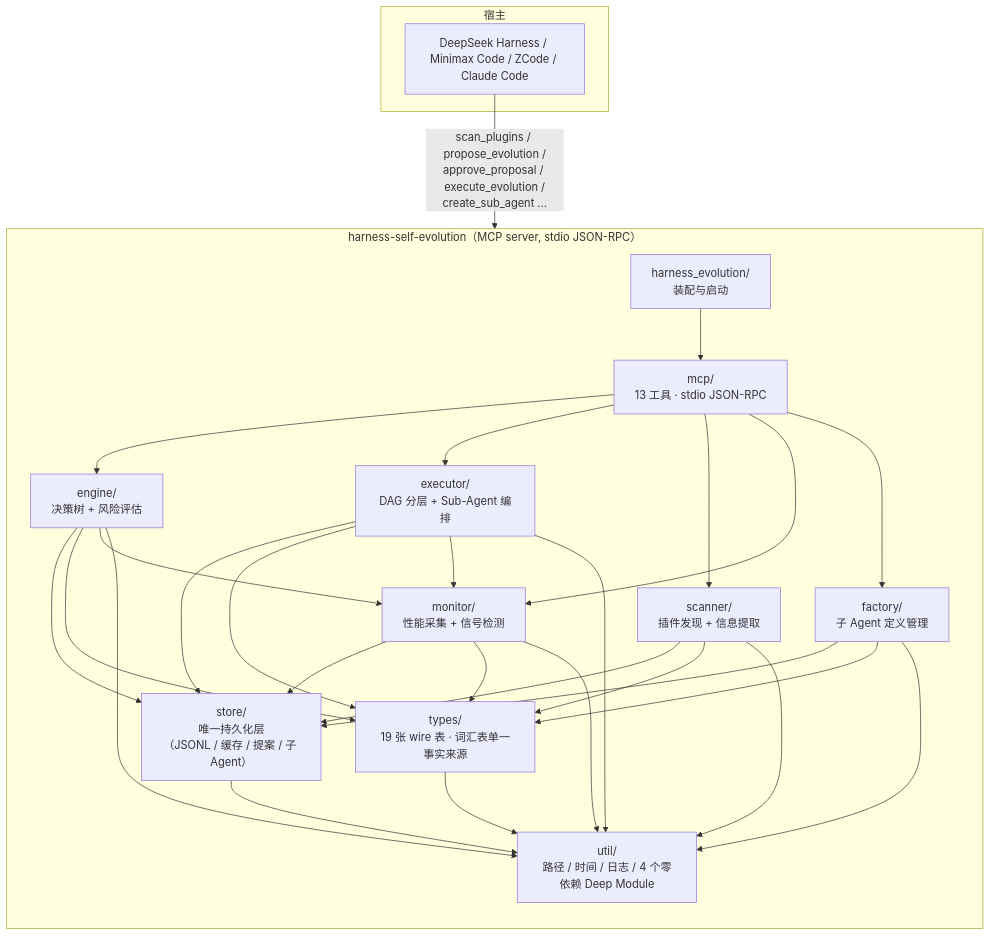
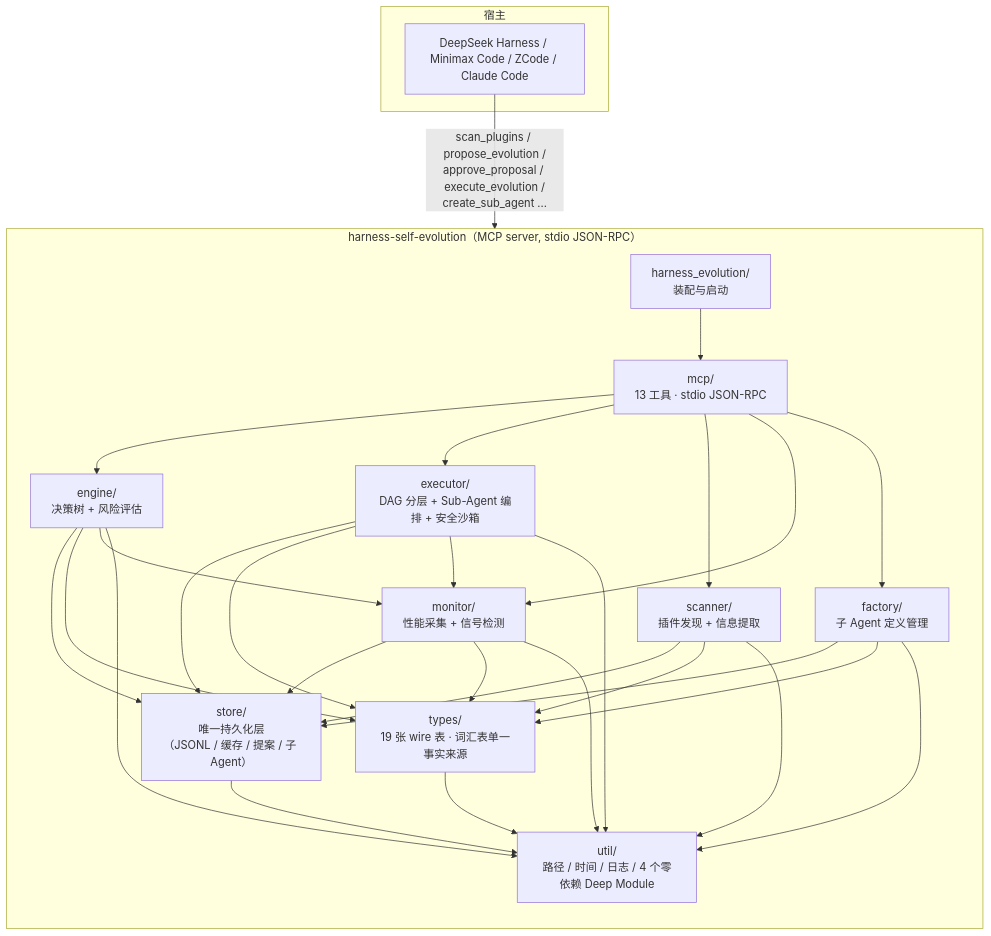
The first of 2 diagrams in README.md (Across2005/harness-self-evolution-plugin), drawn with Mermaid before and after one commit. The commit also changed other lines of this file, not shown here.

````diff
--- a/README.md
+++ b/README.md
@@ -95,47 +96,47 @@
 ```mermaid
 flowchart TB
     subgraph 宿主
         Client["DeepSeek Harness / Minimax Code / ZCode / Claude Code"]
     end
     
     subgraph "harness-self-evolution（MCP server, stdio JSON-RPC）"
         direction TB
         HE["harness_evolution/<br/>装配与启动"]
         MCP["mcp/<br/>13 工具 · stdio JSON-RPC"]
         ENG["engine/<br/>决策树 + 风险评估"]
-        EXE["executor/<br/>DAG 分层 + Sub-Agent 编排"]
+        EXE["executor/<br/>DAG 分层 + Sub-Agent 编排 + 安全沙箱"]
         FAC["factory/<br/>子 Agent 定义管理"]
         SCN["scanner/<br/>插件发现 + 信息提取"]
         MON["monitor/<br/>性能采集 + 信号检测"]
         ST["store/<br/>唯一持久化层<br/>（JSONL / 缓存 / 提案 / 子 Agent）"]
         TY["types/<br/>19 张 wire 表 · 词汇表单一事实来源"]
         UT["util/<br/>路径 / 时间 / 日志 / 4 个零依赖 Deep Module"]
     end
     
     Client -- "scan_plugins / propose_evolution /<br/>approve_proposal / execute_evolution /<br/>create_sub_agent ..." --> MCP
     HE --> MCP
     MCP --> ENG
     MCP --> EXE
     MCP --> SCN
     MCP --> MON
     MCP --> FAC
     ENG --> ST
     EXE --> ST
     FAC --> ST
     SCN --> ST
     MON --> ST
     SCN --> TY
     ENG --> TY
     EXE --> TY
     FAC --> TY
     MON --> TY
     ENG --> MON
     EXE --> MON
     ST --> UT
     TY --> UT
     ENG --> UT
     EXE --> UT
     FAC --> UT
     SCN --> UT
     MON --> UT
 ```
````
